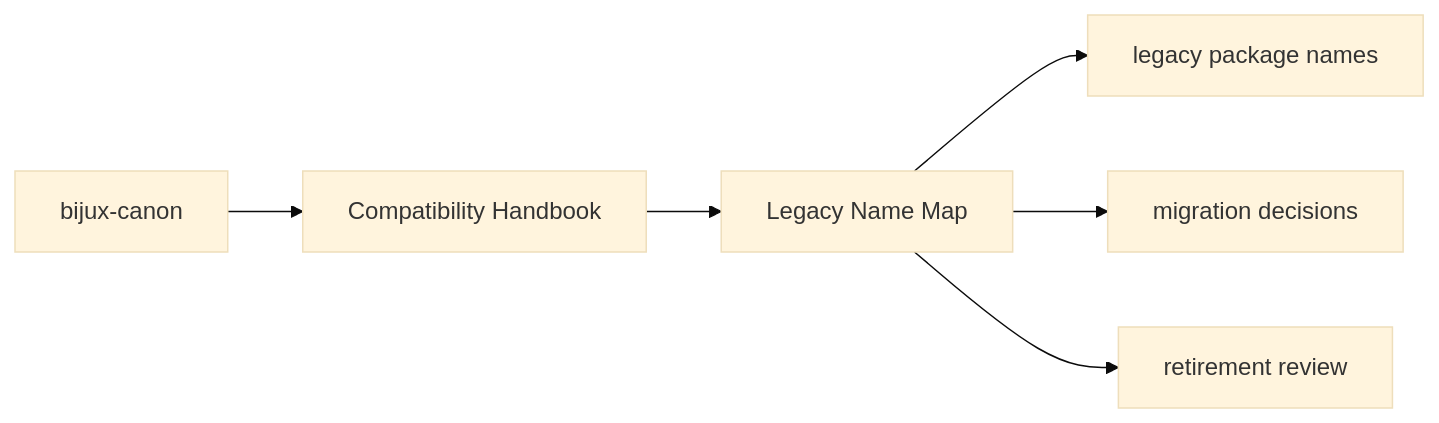
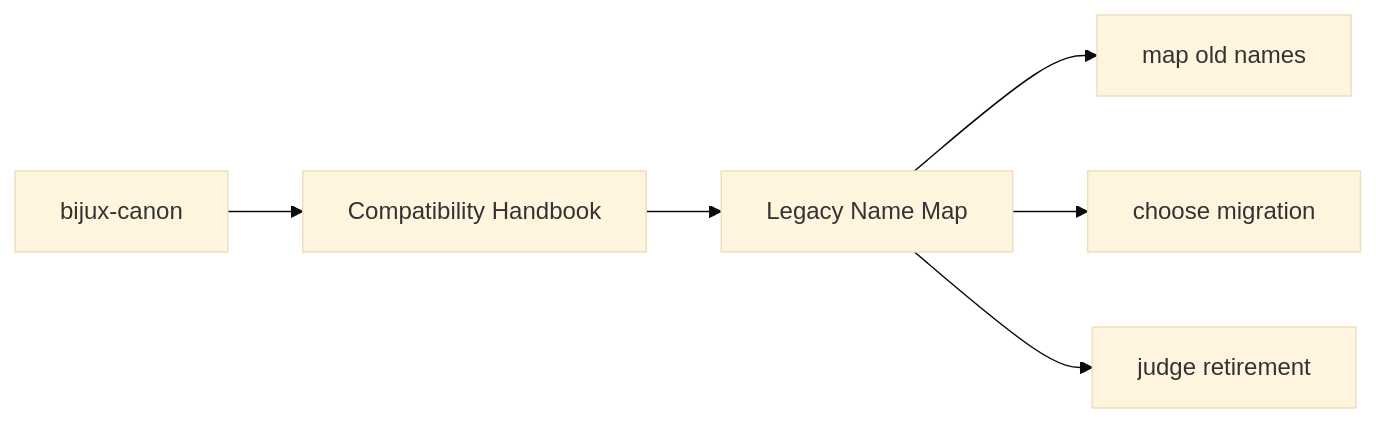
Before and after one commit to bijux/bijux-canon: the first of 2 diagrams in docs/compat-packages/legacy-name-map.md, drawn with Mermaid (base theme). The commit also changed other lines of this file and 20 other files, not shown here.

````diff
--- a/docs/compat-packages/legacy-name-map.md
+++ b/docs/compat-packages/legacy-name-map.md
@@ -22,11 +22,11 @@
 ```mermaid
 flowchart LR
     scope["bijux-canon"] --> section["Compatibility Handbook"]
     section --> page["Legacy Name Map"]
-    dest1["legacy package names"]
-    dest2["migration decisions"]
-    dest3["retirement review"]
+    dest1["map old names"]
+    dest2["choose migration"]
+    dest3["judge retirement"]
     page --> dest1
     page --> dest2
     page --> dest3
 ```
````
